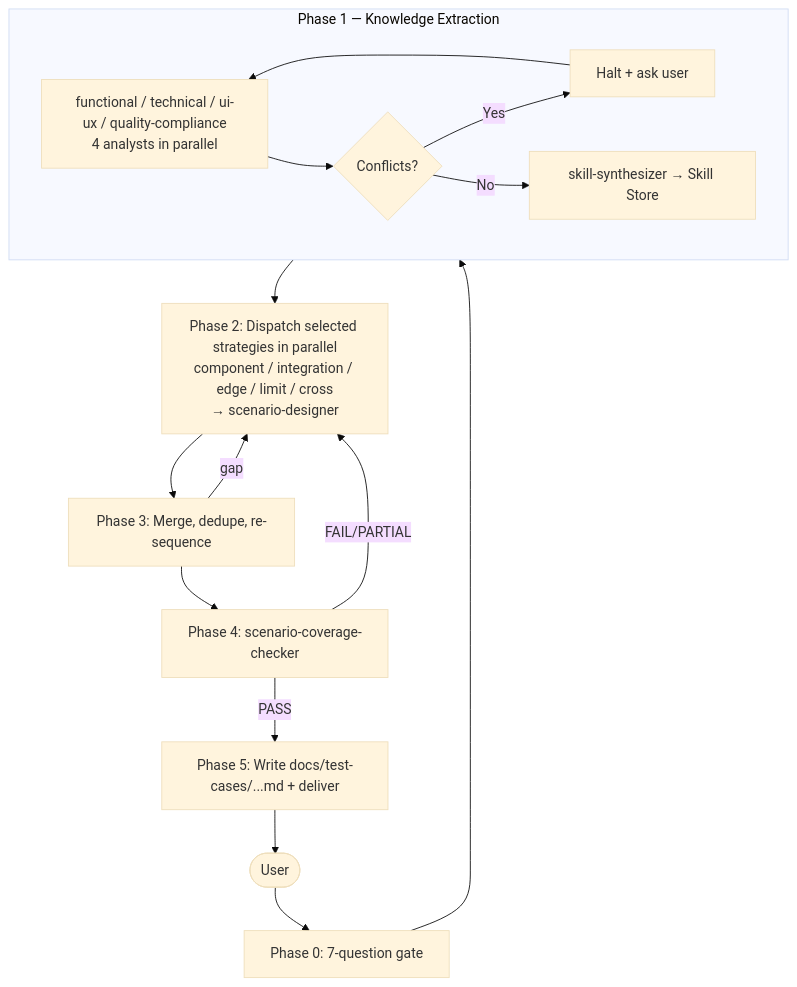
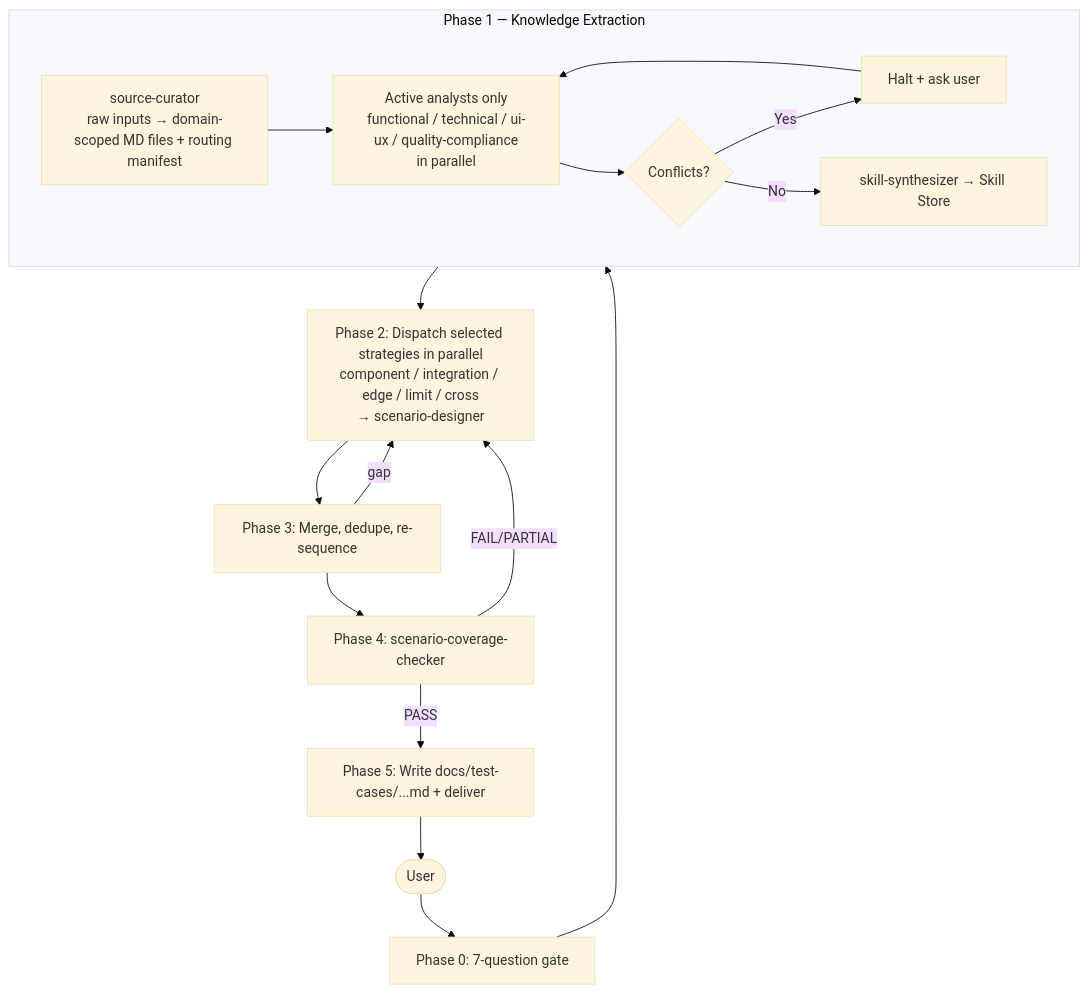
One commit to teforthewin/claude-plug-in-sandbox changed the diagram in plugins/test-case-generator/agents/test-case-generator.md. Above: the diagram before and after it, drawn with Mermaid (base theme). The commit also changed other lines of this file and 3 other files, not shown here.

First line of the commit message:
feat(test-case-generator): add source-curator pre-processor (v1.2.0)

````diff
--- a/plugins/test-case-generator/agents/test-case-generator.md
+++ b/plugins/test-case-generator/agents/test-case-generator.md
@@ -50,18 +50,19 @@
 ```mermaid
 flowchart TD
     U([User]) --> P0[Phase 0: 7-question gate]
     P0 --> P1
 
     subgraph P1["Phase 1 — Knowledge Extraction"]
-        A[functional / technical / ui-ux / quality-compliance<br/>4 analysts in parallel] --> CF{Conflicts?}
+        SC[source-curator<br/>raw inputs → domain-scoped MD files + routing manifest] --> A[Active analysts only<br/>functional / technical / ui-ux / quality-compliance<br/>in parallel]
+        A --> CF{Conflicts?}
         CF -->|Yes| HALT[Halt + ask user] --> A
         CF -->|No| SS[skill-synthesizer → Skill Store]
     end
 
     P1 --> P2[Phase 2: Dispatch selected strategies in parallel<br/>component / integration / edge / limit / cross<br/>→ scenario-designer]
     P2 --> P3[Phase 3: Merge, dedupe, re-sequence]
     P3 -->|gap| P2
     P3 --> P4[Phase 4: scenario-coverage-checker]
     P4 -->|FAIL/PARTIAL| P2
     P4 -->|PASS| P5[Phase 5: Write docs/test-cases/...md + deliver] --> U
 ```
````
